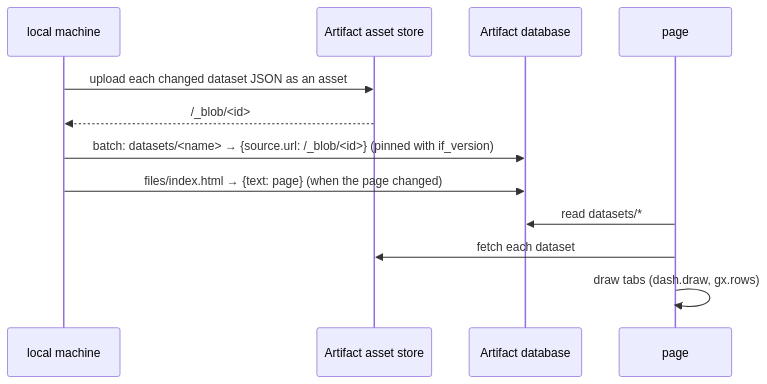
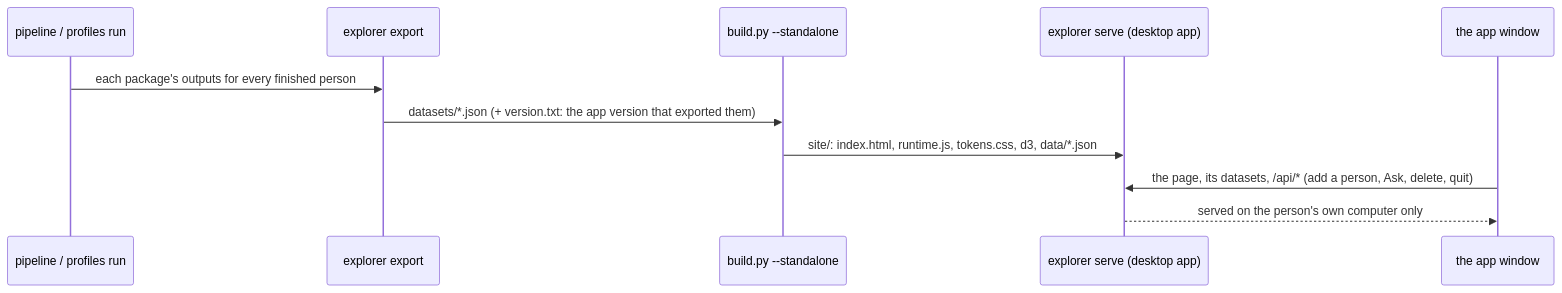
The third of 4 diagrams in docs/architecture/explorer.md (Lyceriuss/DNA-Analyzer), drawn with Mermaid before and after one commit. The commit also changed other lines of this file and 6 other files, not shown here.

First line of the commit message:
Architecture docs: current imputation, pack and lite mode; migration page removed

````diff
--- a/docs/architecture/explorer.md
+++ b/docs/architecture/explorer.md
@@ -72,14 +72,13 @@
 ```mermaid
 sequenceDiagram
-    participant Dev as local machine
-    participant A as Artifact asset store
-    participant DB as Artifact database
-    participant P as page
-    Dev->>A: upload each changed dataset JSON as an asset
-    A-->>Dev: /_blob/<id>
-    Dev->>DB: batch: datasets/<name> → {source.url: /_blob/<id>} (pinned with if_version)
-    Dev->>DB: files/index.html → {text: page} (when the page changed)
-    P->>DB: read datasets/*
-    P->>A: fetch each dataset
-    P->>P: draw tabs (dash.draw, gx.rows)
+    participant P as pipeline / profiles run
+    participant X as explorer export
+    participant B as build.py --standalone
+    participant S as explorer serve (desktop app)
+    participant W as the app window
+    P->>X: each package's outputs for every finished person
+    X->>B: datasets/*.json (+ version.txt: the app version that exported them)
+    B->>S: site/: index.html, runtime.js, tokens.css, d3, data/*.json
+    W->>S: the page, its datasets, /api/* (add a person, Ask, delete, quit)
+    S-->>W: served on the person's own computer only
 ```
````
